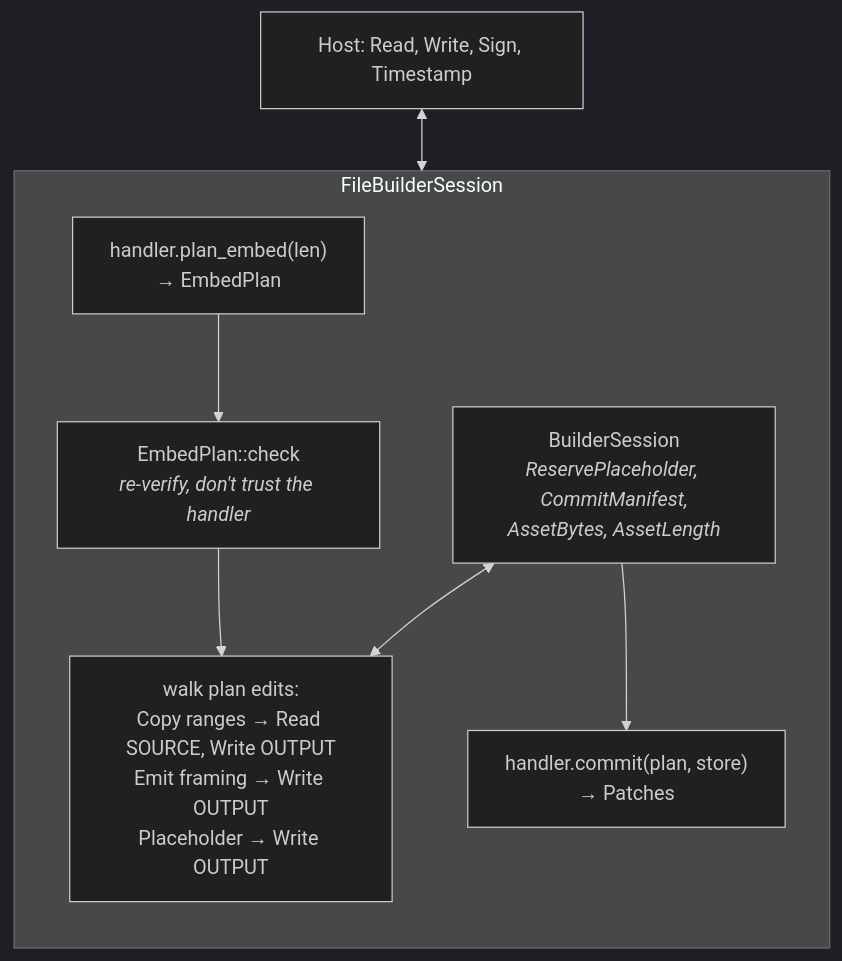
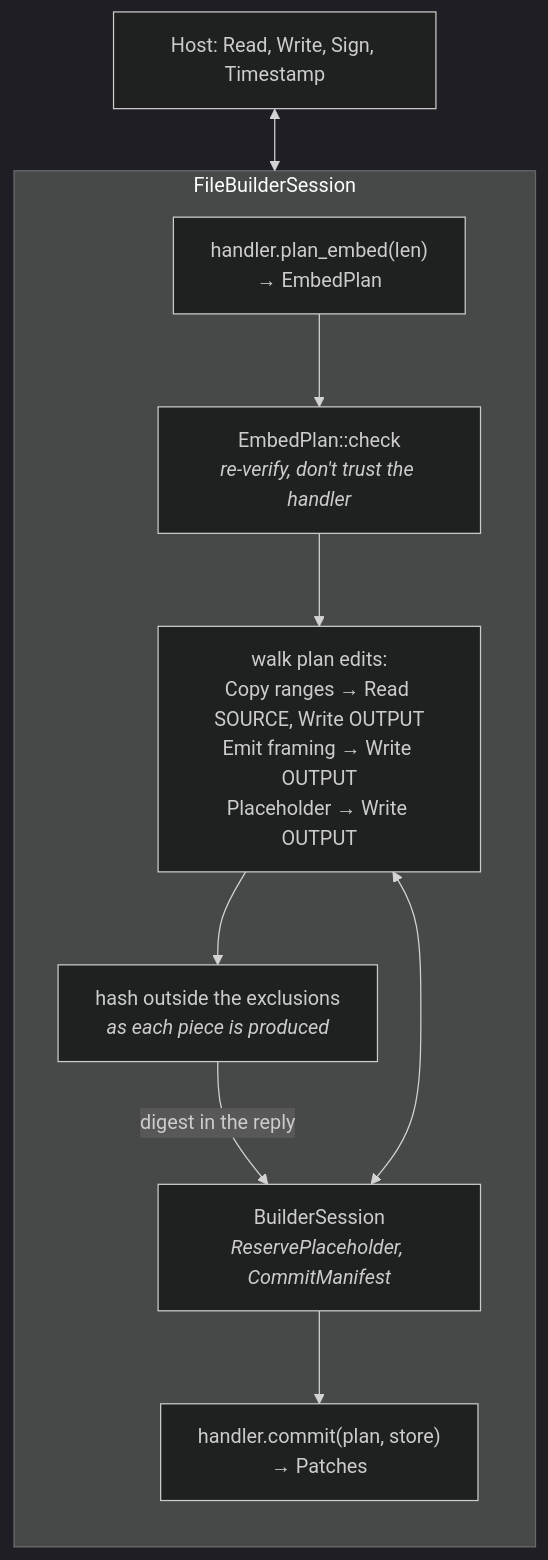
Before and after one commit to scouten/state-machine-experiment: the second of 2 diagrams in docs/walkthrough/04-write-path.md, drawn with Mermaid (dark theme). The commit also changed other lines of this file and 52 other files, not shown here.

````diff
--- a/docs/walkthrough/04-write-path.md
+++ b/docs/walkthrough/04-write-path.md
@@ -53,15 +55,18 @@
 ```mermaid
 flowchart TB
     subgraph FBS["FileBuilderSession"]
         direction TB
         PE["handler.plan_embed(len)<br/>→ EmbedPlan"]
         CK["EmbedPlan::check<br/><i>re-verify, don't trust the handler</i>"]
         W["walk plan edits:<br/>Copy ranges → Read SOURCE, Write OUTPUT<br/>Emit framing → Write OUTPUT<br/>Placeholder → Write OUTPUT"]
-        BS["BuilderSession<br/><i>ReservePlaceholder, CommitManifest,<br/>AssetBytes, AssetLength</i>"]
+        HS["hash outside the exclusions<br/><i>as each piece is produced</i>"]
+        BS["BuilderSession<br/><i>ReservePlaceholder, CommitManifest</i>"]
         CM["handler.commit(plan, store)<br/>→ Patches"]
         PE --> CK --> W
+        W --> HS
         BS <--> W
+        HS -->|digest in the reply| BS
         BS --> CM
     end
     Host["Host: Read, Write, Sign, Timestamp"] <--> FBS
 ```
````
